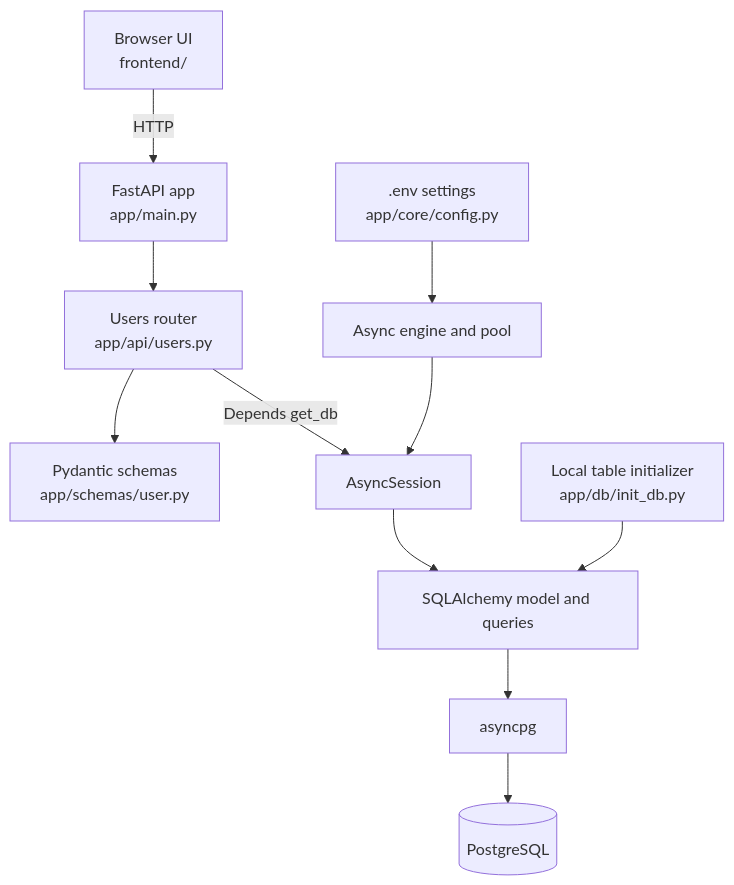
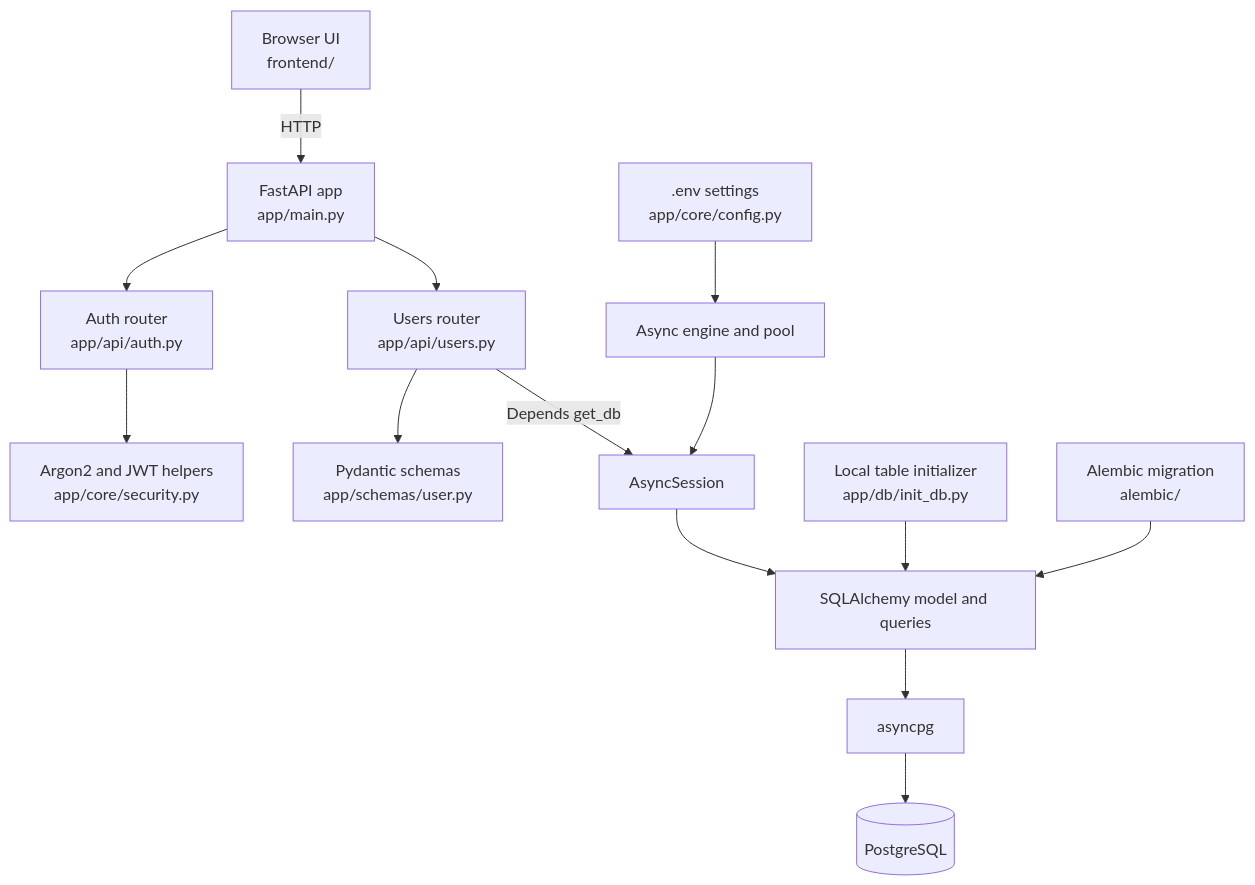
Before and after one commit to singhdeepesh20/Niramaya-AI: the diagram in README.md, drawn with Mermaid. The commit also changed other lines of this file, not shown here.

Commit message:
docs(auth): document setup tokens and migration

````diff
--- a/README.md
+++ b/README.md
@@ -19,13 +21,16 @@
 ```mermaid
 flowchart TD
     Browser[Browser UI<br/>frontend/] -->|HTTP| App[FastAPI app<br/>app/main.py]
+    App --> Auth[Auth router<br/>app/api/auth.py]
     App --> Router[Users router<br/>app/api/users.py]
+    Auth --> Security[Argon2 and JWT helpers<br/>app/core/security.py]
     Router --> Schema[Pydantic schemas<br/>app/schemas/user.py]
     Router -->|Depends get_db| Session[AsyncSession]
     Session --> ORM[SQLAlchemy model and queries]
     ORM --> Driver[asyncpg]
     Driver --> DB[(PostgreSQL)]
     Config[.env settings<br/>app/core/config.py] --> Engine[Async engine and pool]
     Engine --> Session
     Init[Local table initializer<br/>app/db/init_db.py] --> ORM
+    Migrate[Alembic migration<br/>alembic/] --> ORM
 ```
````
